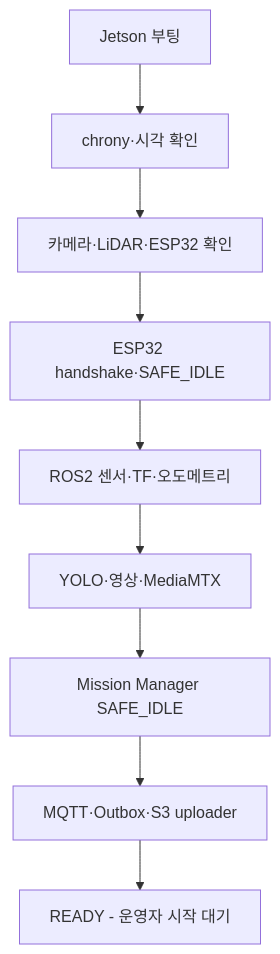
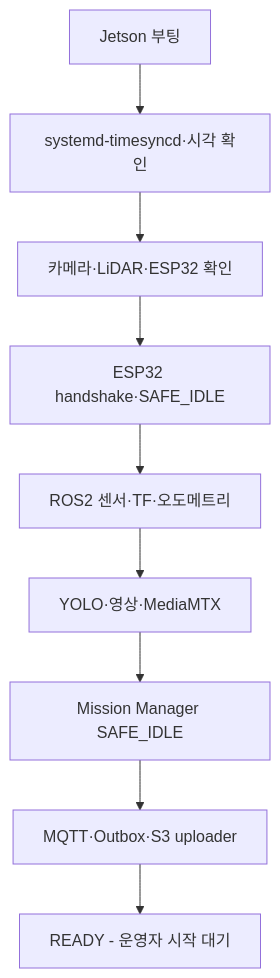
Before and after one commit to Common-AIOT/Sentinel-UGV: the diagram in docs/06-테스트-보안-운영.md, drawn with Mermaid. The commit also changed other lines of this file and 18 other files, not shown here.

````diff
--- a/docs/06-테스트-보안-운영.md
+++ b/docs/06-테스트-보안-운영.md
@@ -414,11 +414,11 @@
 ```mermaid
 flowchart TD
-    boot["Jetson 부팅"] --> time["chrony·시각 확인"]
+    boot["Jetson 부팅"] --> time["systemd-timesyncd·시각 확인"]
     time --> devices["카메라·LiDAR·ESP32 확인"]
     devices --> stm["ESP32 handshake·SAFE_IDLE"]
     stm --> ros["ROS2 센서·TF·오도메트리"]
     ros --> perception["YOLO·영상·MediaMTX"]
     perception --> mission["Mission Manager SAFE_IDLE"]
     mission --> cloud["MQTT·Outbox·S3 uploader"]
     cloud --> ready["READY - 운영자 시작 대기"]
 ```
````
